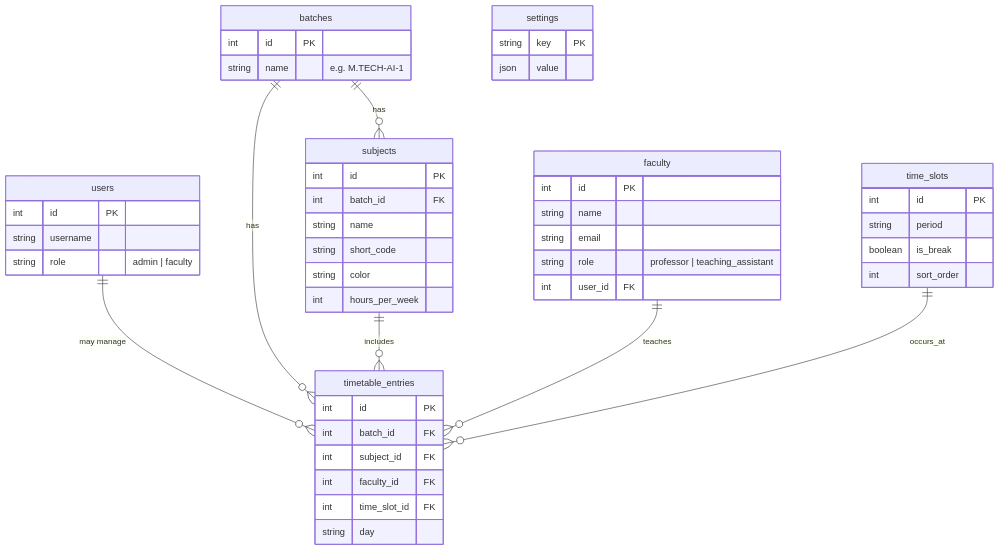
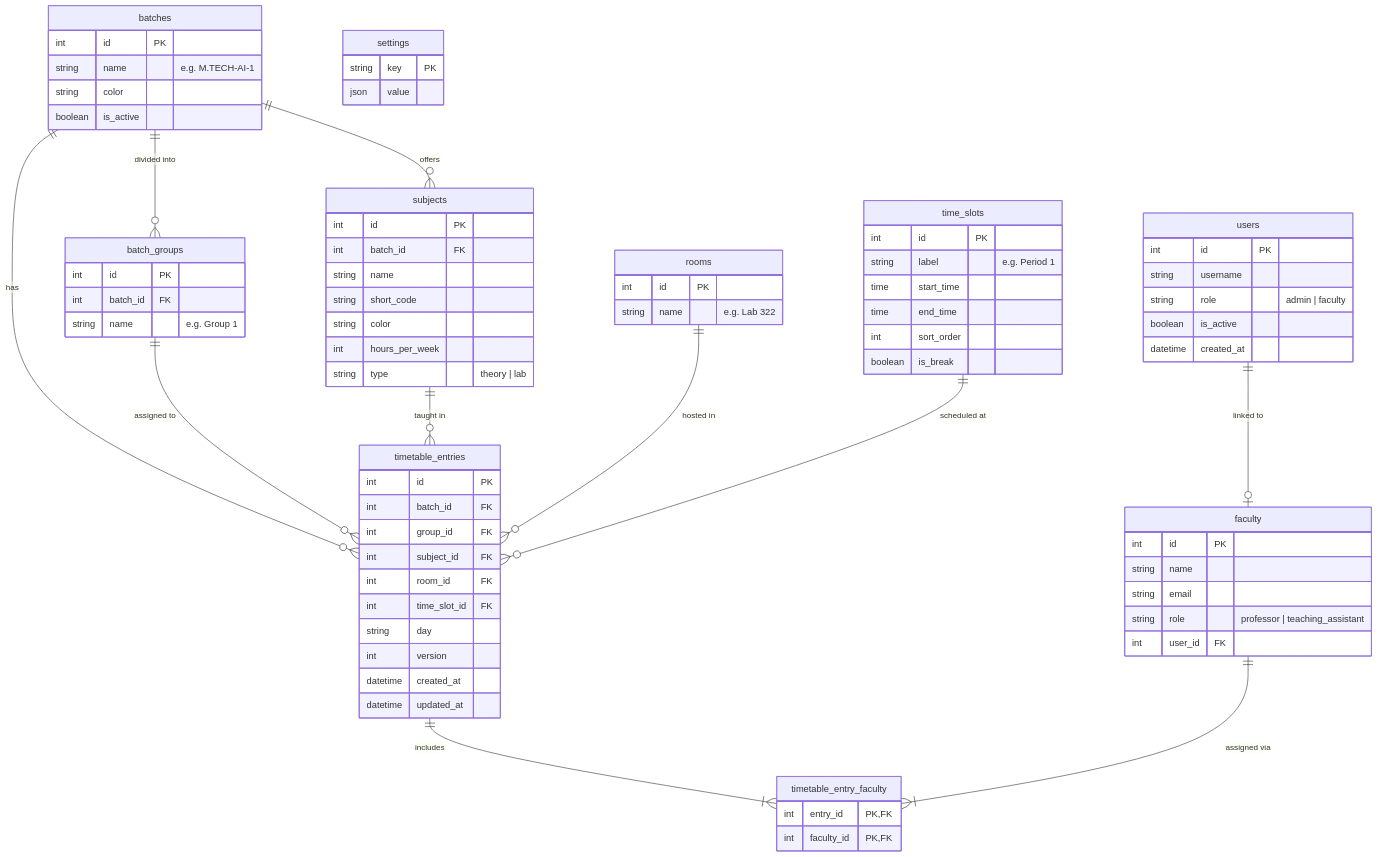
One commit to AnkitaKumariii/TimeTable changed the second of 3 diagrams in architecture.md. Above: the diagram before and after it, drawn with Mermaid. The commit also changed other lines of this file and 15 other files, not shown here.

Commit message:
feat: transactional lab auto-fill, group styles, slot locking, and safe subject updates

````diff
--- a/architecture.md
+++ b/architecture.md
@@ -44,21 +44,35 @@
 ```mermaid
 erDiagram
-    users ||--o{ timetable_entries : "may manage"
-    batches ||--o{ timetable_entries : has
-    batches ||--o{ subjects : has
-    subjects ||--o{ timetable_entries : includes
-    faculty ||--o{ timetable_entries : teaches
-    time_slots ||--o{ timetable_entries : occurs_at
+    users ||--o| faculty : "linked to"
+    batches ||--o{ batch_groups : "divided into"
+    batches ||--o{ subjects : "offers"
+    batches ||--o{ timetable_entries : "has"
+    batch_groups ||--o{ timetable_entries : "assigned to"
+    subjects ||--o{ timetable_entries : "taught in"
+    rooms ||--o{ timetable_entries : "hosted in"
+    time_slots ||--o{ timetable_entries : "scheduled at"
+    timetable_entries ||--|{ timetable_entry_faculty : "includes"
+    faculty ||--|{ timetable_entry_faculty : "assigned via"
 
     users {
         int id PK
         string username
         string role "admin | faculty"
+        boolean is_active
+        datetime created_at
     }
 
     batches {
         int id PK
         string name "e.g. M.TECH-AI-1"
+        string color
+        boolean is_active
+    }
+
+    batch_groups {
+        int id PK
+        int batch_id FK
+        string name "e.g. Group 1"
     }
 
     subjects {
@@ -68,6 +82,7 @@
         string short_code
         string color
         int hours_per_week
+        string type "theory | lab"
     }
 
     faculty {
@@ -78,20 +93,36 @@
         int user_id FK
     }
 
+    rooms {
+        int id PK
+        string name "e.g. Lab 322"
+    }
+
     time_slots {
         int id PK
-        string period
+        string label "e.g. Period 1"
+        time start_time
+        time end_time
+        int sort_order
         boolean is_break
-        int sort_order
     }
 
     timetable_entries {
         int id PK
         int batch_id FK
+        int group_id FK
         int subject_id FK
-        int faculty_id FK
+        int room_id FK
         int time_slot_id FK
         string day
+        int version
+        datetime created_at
+        datetime updated_at
+    }
+
+    timetable_entry_faculty {
+        int entry_id PK, FK
+        int faculty_id PK, FK
     }
 
     settings {
````
